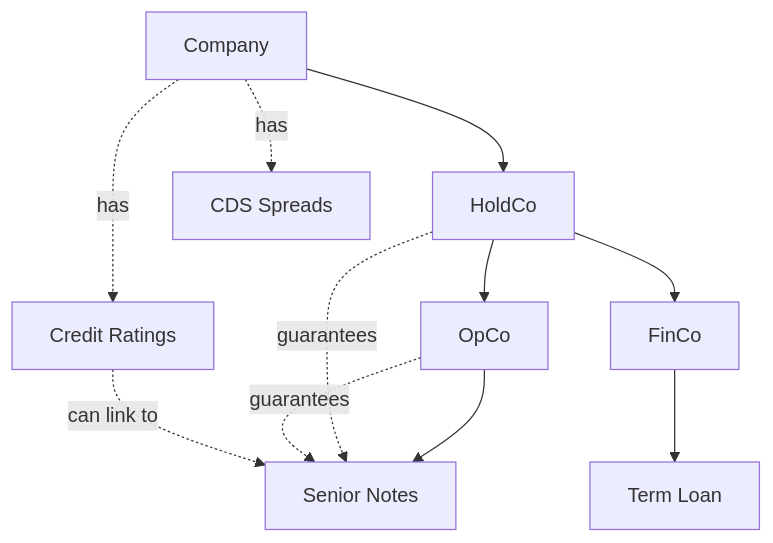
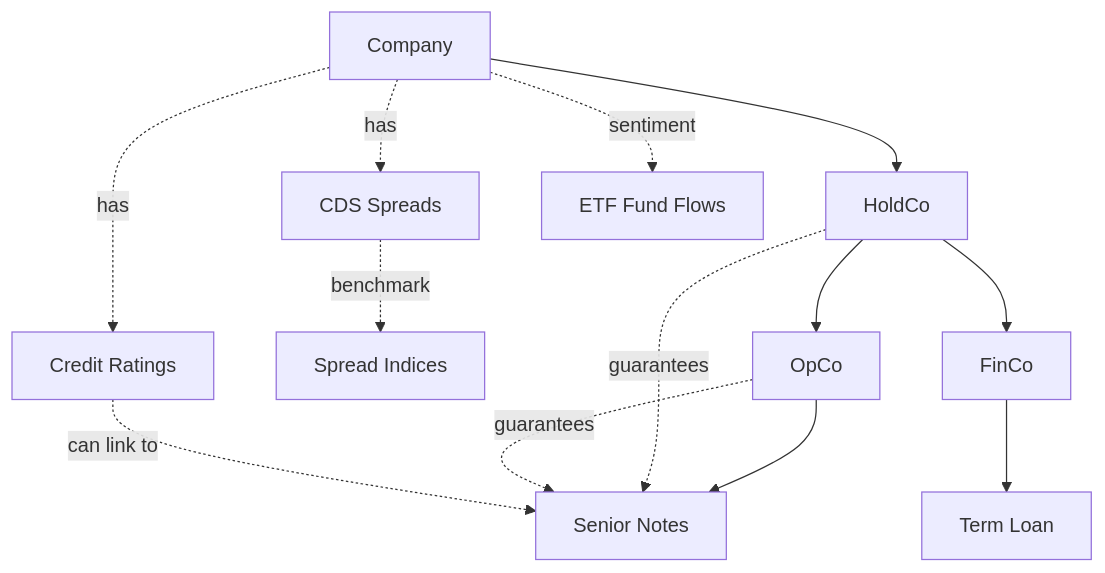
The diagram in docs/concepts/data-model.mdx (debtstack-ai/debtstack-website), drawn with Mermaid before and after one commit. The commit also changed other lines of this file and 7 other files, not shown here.

First line of the commit message:
Update Mintlify docs: add market/flows + market/spreads, fix stale numbers

````diff
--- a/docs/concepts/data-model.mdx
+++ b/docs/concepts/data-model.mdx
@@ -227,13 +271,15 @@
 ```mermaid
 graph TD
     Company[Company] --> Entity1[HoldCo]
     Company -.->|has| Ratings[Credit Ratings]
     Company -.->|has| CDS[CDS Spreads]
+    CDS -.->|benchmark| Indices[Spread Indices]
+    Company -.->|sentiment| Flows[ETF Fund Flows]
     Entity1 --> Entity2[OpCo]
     Entity1 --> Entity3[FinCo]
     Entity2 --> Debt1[Senior Notes]
     Entity3 --> Debt2[Term Loan]
     Entity1 -.->|guarantees| Debt1
     Entity2 -.->|guarantees| Debt1
     Ratings -.->|can link to| Debt1
 ```
````
